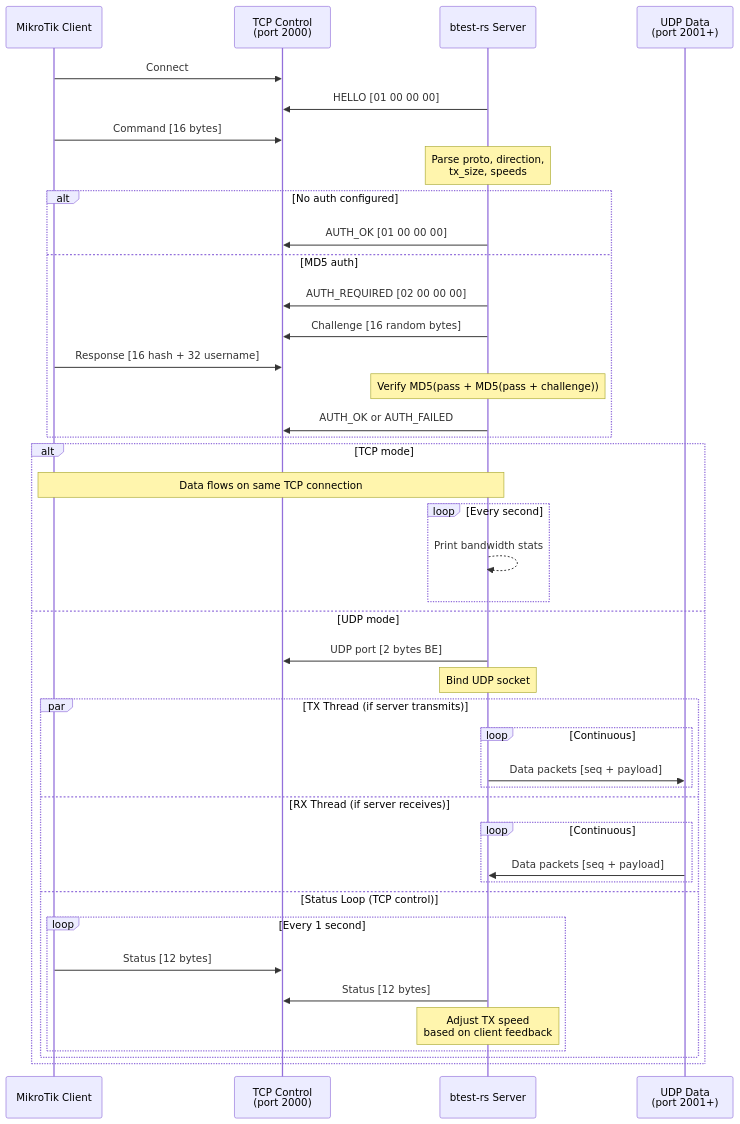
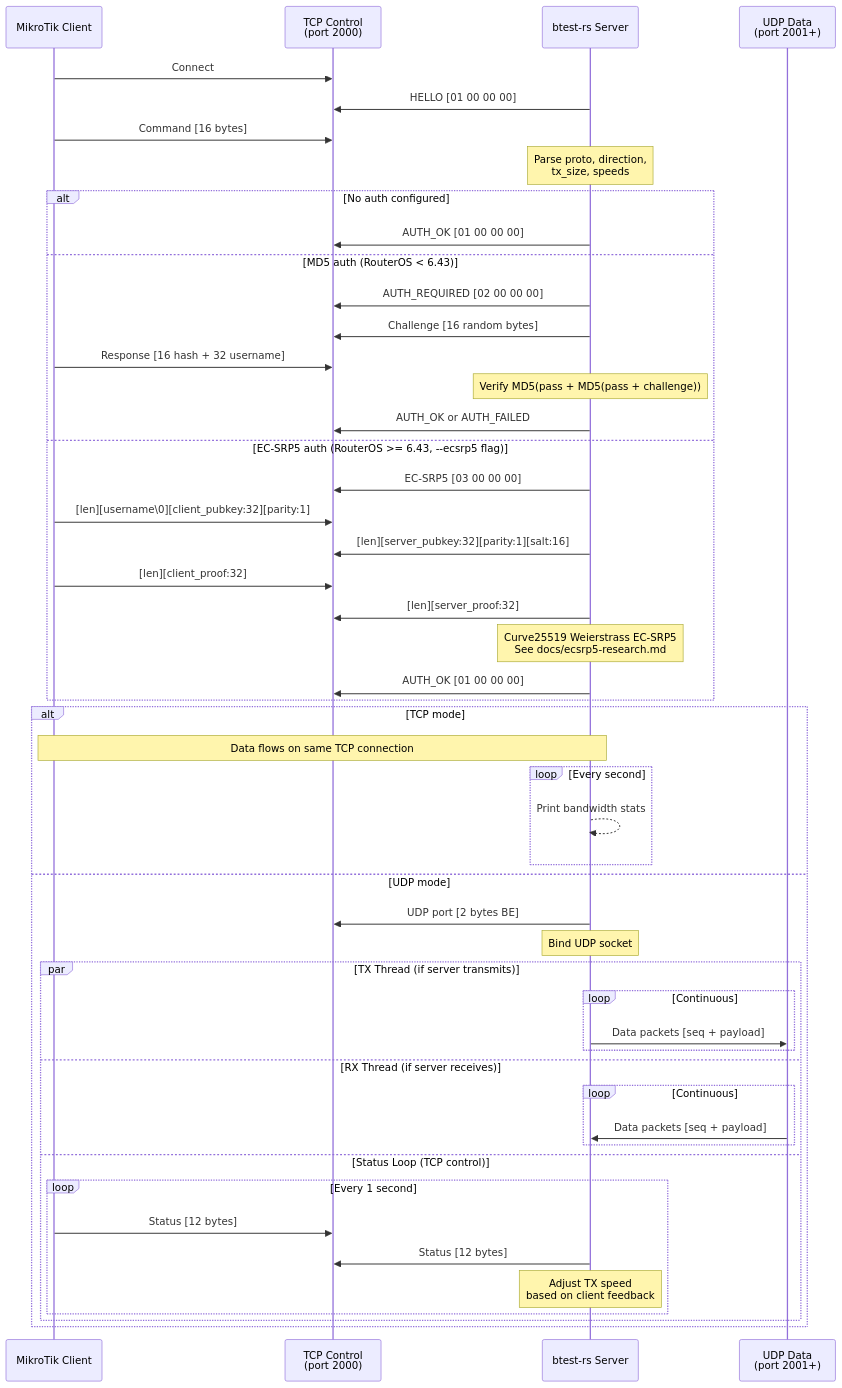
The second of 4 diagrams in docs/architecture.md (manawenuz/btest-rs), drawn with Mermaid before and after one commit. The commit also changed other lines of this file and 14 other files, not shown here.

First line of the commit message:
Add EC-SRP5 authentication (RouterOS >= 6.43)

````diff
--- a/docs/architecture.md
+++ b/docs/architecture.md
@@ -39,47 +39,55 @@
 ```mermaid
 sequenceDiagram
     participant MK as MikroTik Client
     participant TCP as TCP Control<br/>(port 2000)
     participant SRV as btest-rs Server
     participant UDP as UDP Data<br/>(port 2001+)
 
     MK->>TCP: Connect
     SRV->>TCP: HELLO [01 00 00 00]
     MK->>TCP: Command [16 bytes]
     Note over SRV: Parse proto, direction,<br/>tx_size, speeds
 
     alt No auth configured
         SRV->>TCP: AUTH_OK [01 00 00 00]
-    else MD5 auth
+    else MD5 auth (RouterOS < 6.43)
         SRV->>TCP: AUTH_REQUIRED [02 00 00 00]
         SRV->>TCP: Challenge [16 random bytes]
         MK->>TCP: Response [16 hash + 32 username]
         Note over SRV: Verify MD5(pass + MD5(pass + challenge))
         SRV->>TCP: AUTH_OK or AUTH_FAILED
+    else EC-SRP5 auth (RouterOS >= 6.43, --ecsrp5 flag)
+        SRV->>TCP: EC-SRP5 [03 00 00 00]
+        MK->>TCP: [len][username\0][client_pubkey:32][parity:1]
+        SRV->>TCP: [len][server_pubkey:32][parity:1][salt:16]
+        MK->>TCP: [len][client_proof:32]
+        SRV->>TCP: [len][server_proof:32]
+        Note over SRV: Curve25519 Weierstrass EC-SRP5<br/>See docs/ecsrp5-research.md
+        SRV->>TCP: AUTH_OK [01 00 00 00]
     end
 
     alt TCP mode
         Note over SRV,MK: Data flows on same TCP connection
         loop Every second
             SRV-->>SRV: Print bandwidth stats
         end
     else UDP mode
         SRV->>TCP: UDP port [2 bytes BE]
         Note over SRV: Bind UDP socket
         par TX Thread (if server transmits)
             loop Continuous
                 SRV->>UDP: Data packets [seq + payload]
             end
         and RX Thread (if server receives)
             loop Continuous
                 UDP->>SRV: Data packets [seq + payload]
             end
         and Status Loop (TCP control)
             loop Every 1 second
                 MK->>TCP: Status [12 bytes]
                 SRV->>TCP: Status [12 bytes]
                 Note over SRV: Adjust TX speed<br/>based on client feedback
             end
         end
     end
 ```
````
